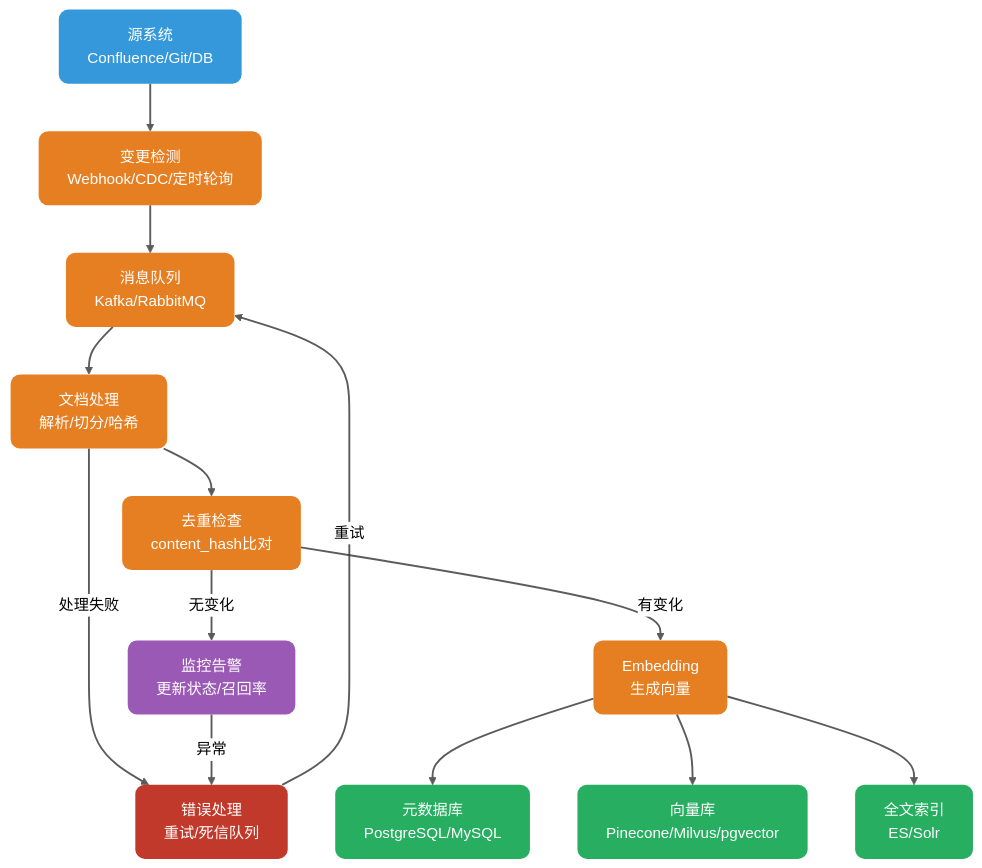
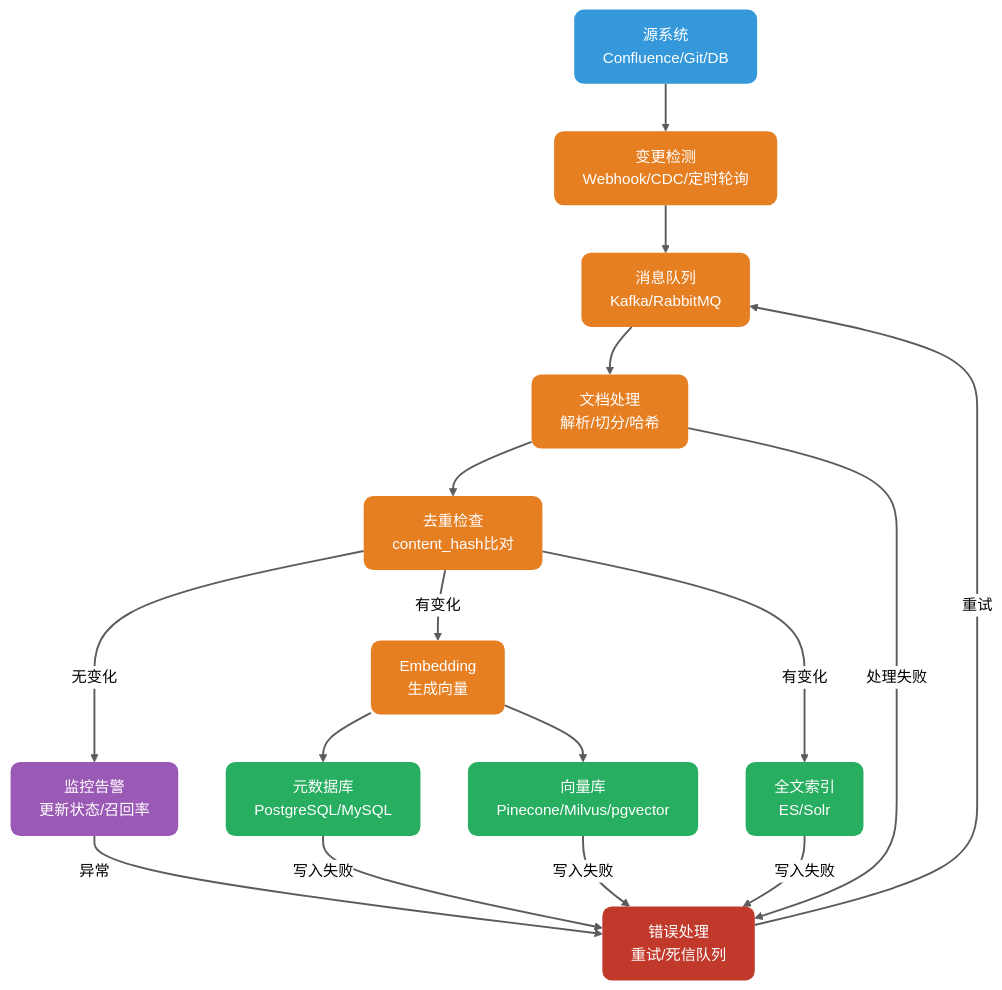
Before and after one commit to nemoipaha/JavaGuide: the first of 2 diagrams in docs/ai/rag/rag-knowledge-update.md, drawn with Mermaid (neutral theme). The commit also changed other lines of this file and 1 other file, not shown here.

````diff
--- a/docs/ai/rag/rag-knowledge-update.md
+++ b/docs/ai/rag/rag-knowledge-update.md
@@ -130,36 +135,39 @@
 ```mermaid
 flowchart TD
     %% ========== 配色声明 ==========
     classDef source fill:#3498DB,color:#FFFFFF,stroke:none,rx:10,ry:10
     classDef process fill:#E67E22,color:#FFFFFF,stroke:none,rx:10,ry:10
     classDef storage fill:#27AE60,color:#FFFFFF,stroke:none,rx:10,ry:10
     classDef monitor fill:#9B59B6,color:#FFFFFF,stroke:none,rx:10,ry:10
     classDef error fill:#C0392B,color:#FFFFFF,stroke:none,rx:10,ry:10
 
     Source[源系统<br/>Confluence/Git/DB]:::source
     Detect[变更检测<br/>Webhook/CDC/定时轮询]:::process
     Queue[消息队列<br/>Kafka/RabbitMQ]:::process
     Process[文档处理<br/>解析/切分/哈希]:::process
     Dedup[去重检查<br/>content_hash比对]:::process
     Embed[Embedding<br/>生成向量]:::process
     Metadata[元数据库<br/>PostgreSQL/MySQL]:::storage
     Vector[向量库<br/>Pinecone/Milvus/pgvector]:::storage
     Fulltext[全文索引<br/>ES/Solr]:::storage
     Monitor[监控告警<br/>更新状态/召回率]:::monitor
     Error[错误处理<br/>重试/死信队列]:::error
 
     Source --> Detect
     Detect --> Queue
     Queue --> Process
     Process --> Dedup
     Dedup -->|无变化| Monitor
     Dedup -->|有变化| Embed
     Embed --> Metadata
+    Metadata -->|写入失败| Error
     Embed --> Vector
-    Embed --> Fulltext
+    Vector -->|写入失败| Error
+    Dedup -->|有变化| Fulltext
+    Fulltext -->|写入失败| Error
     Process -->|处理失败| Error
     Error -->|重试| Queue
     Monitor -->|异常| Error
 
     linkStyle default stroke-width:2px,stroke:#333333,opacity:0.8
 ```
````
